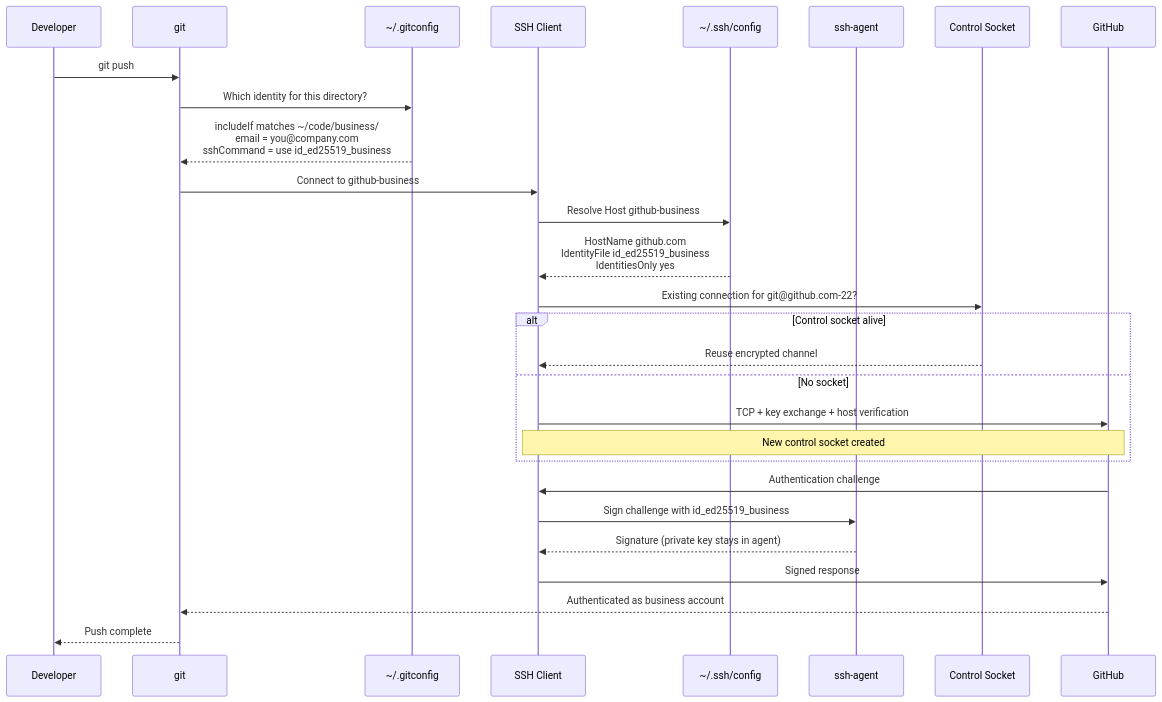
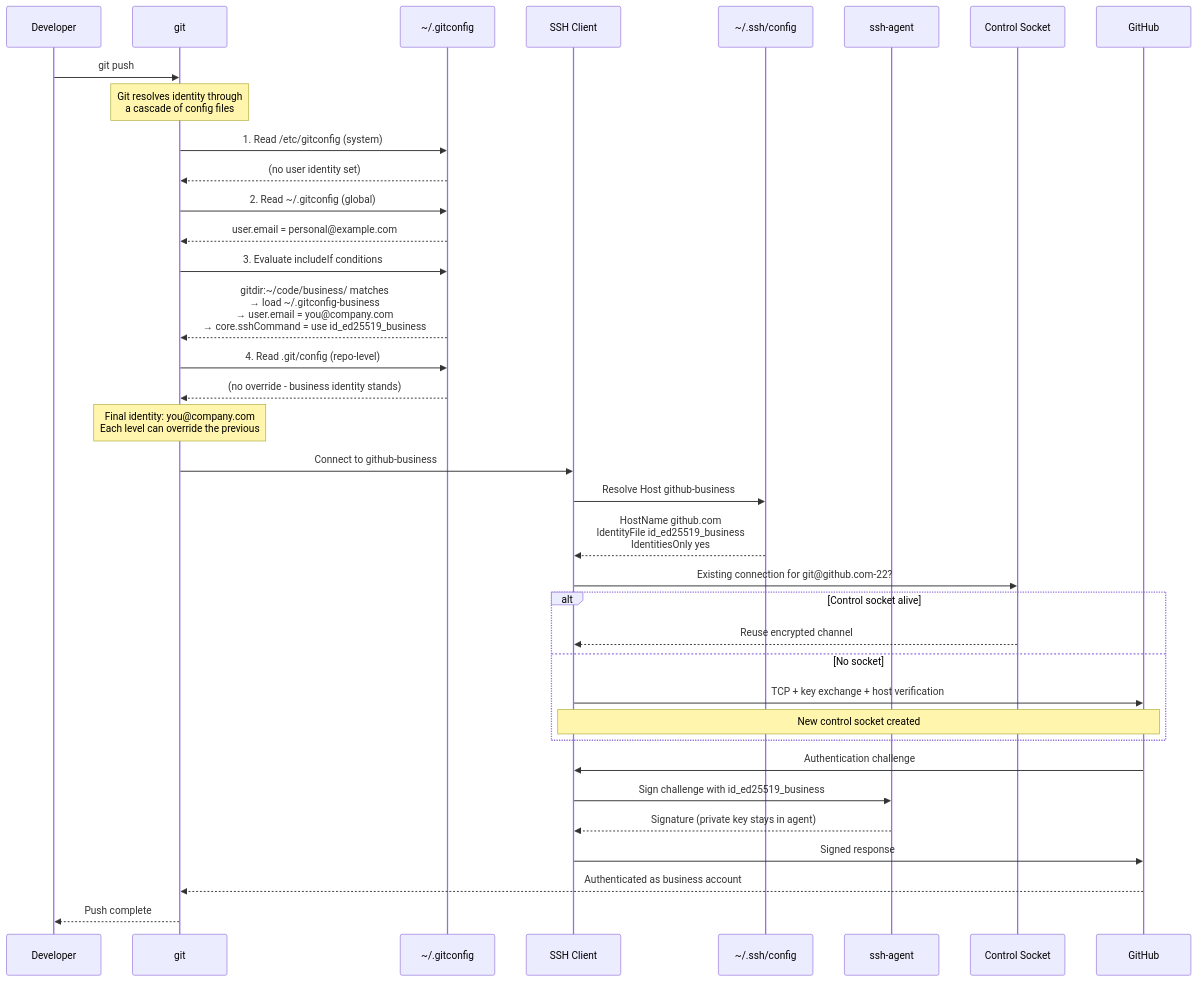
Before and after one commit to blackwell-systems/blog: the second of 2 diagrams in content/posts/bulletproof-ssh-setup.md, drawn with Mermaid. The commit also changed other lines of this file, not shown here.

Commit message:
Explain gitconfig resolution cascade, expand sequence diagram
Add numbered resolution order (system, global, includeIf, repo-level)
before showing includeIf config. Expand sequence diagram to show all
four levels of gitconfig resolution during a git push.

```diff
--- a/content/posts/bulletproof-ssh-setup.md
+++ b/content/posts/bulletproof-ssh-setup.md
@@ -81,31 +81,39 @@
 {{< mermaid >}}
 sequenceDiagram
     participant Dev as Developer
     participant Git as git
     participant GitCfg as ~/.gitconfig
     participant SSH as SSH Client
     participant SSHCfg as ~/.ssh/config
     participant Agent as ssh-agent
     participant Ctrl as Control Socket
     participant GH as GitHub
 
     Dev->>Git: git push
-    Git->>GitCfg: Which identity for this directory?
-    GitCfg-->>Git: includeIf matches ~/code/business/<br/>email = you@company.com<br/>sshCommand = use id_ed25519_business
+    Note over Git: Git resolves identity through<br/>a cascade of config files
+    Git->>GitCfg: 1. Read /etc/gitconfig (system)
+    GitCfg-->>Git: (no user identity set)
+    Git->>GitCfg: 2. Read ~/.gitconfig (global)
+    GitCfg-->>Git: user.email = personal@example.com
+    Git->>GitCfg: 3. Evaluate includeIf conditions
+    GitCfg-->>Git: gitdir:~/code/business/ matches<br/>→ load ~/.gitconfig-business<br/>→ user.email = you@company.com<br/>→ core.sshCommand = use id_ed25519_business
+    Git->>GitCfg: 4. Read .git/config (repo-level)
+    GitCfg-->>Git: (no override - business identity stands)
+    Note over Git: Final identity: you@company.com<br/>Each level can override the previous
     Git->>SSH: Connect to github-business
     SSH->>SSHCfg: Resolve Host github-business
     SSHCfg-->>SSH: HostName github.com<br/>IdentityFile id_ed25519_business<br/>IdentitiesOnly yes
     SSH->>Ctrl: Existing connection for git@github.com-22?
     alt Control socket alive
         Ctrl-->>SSH: Reuse encrypted channel
     else No socket
         SSH->>GH: TCP + key exchange + host verification
         Note over SSH,GH: New control socket created
     end
     GH->>SSH: Authentication challenge
     SSH->>Agent: Sign challenge with id_ed25519_business
     Agent-->>SSH: Signature (private key stays in agent)
     SSH->>GH: Signed response
     GH-->>Git: Authenticated as business account
     Git-->>Dev: Push complete
 {{< /mermaid >}}
```
